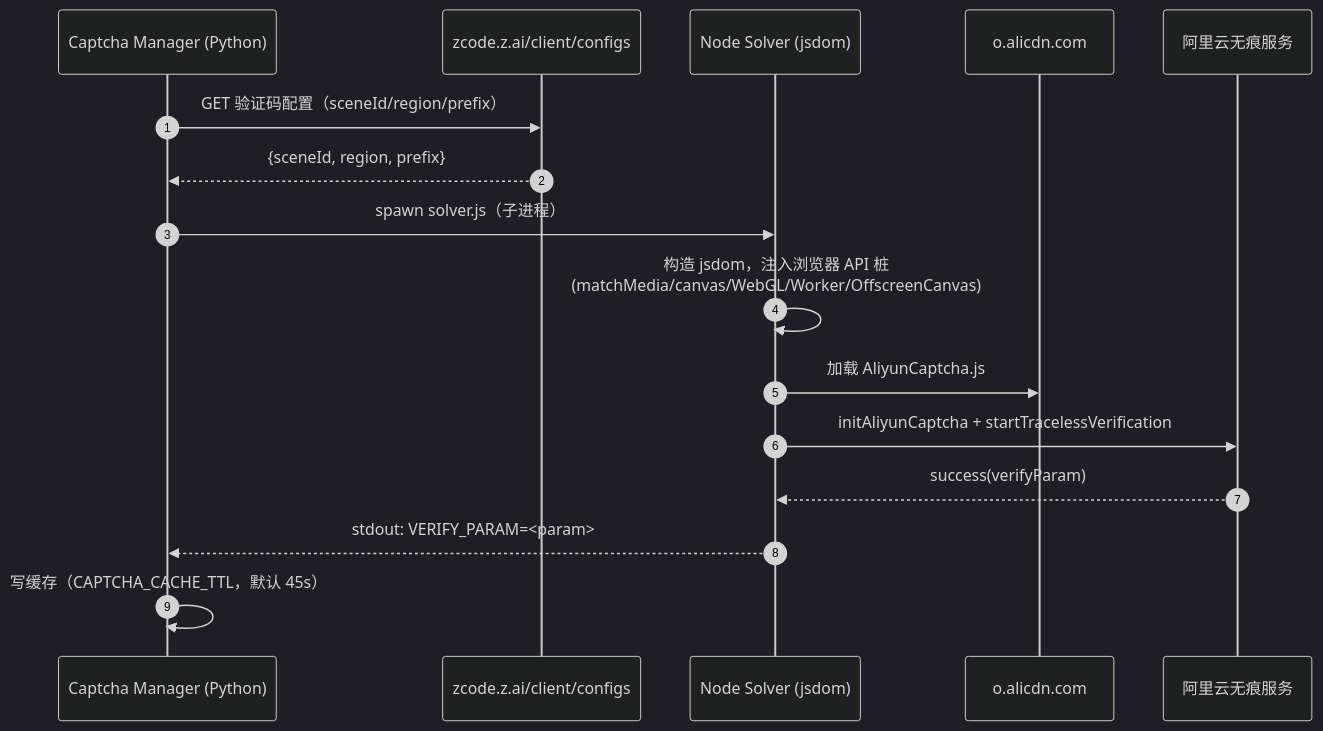
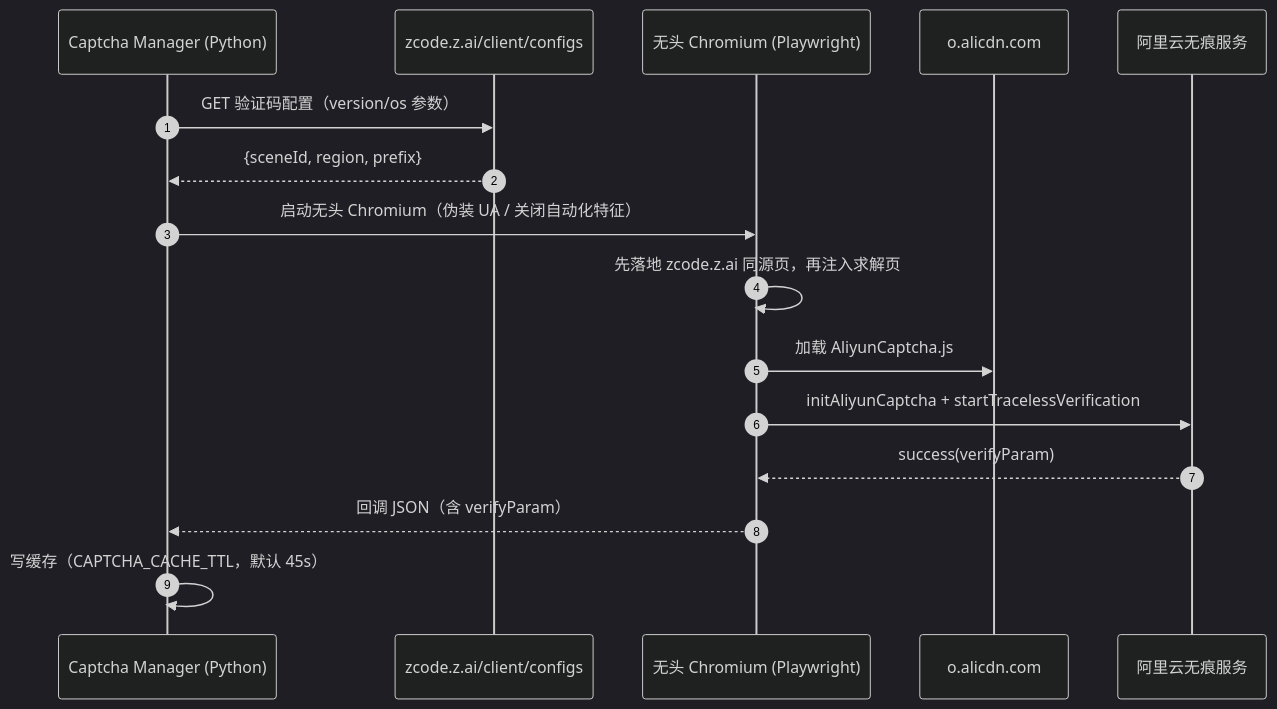
Before and after one commit to linlong5201314/zcode2api: the fourth of 4 diagrams in docs/ARCHITECTURE.md, drawn with Mermaid (dark theme). The commit also changed other lines of this file and 12 other files, not shown here.

First line of the commit message:
fix: 网关支持 GLM-5.3，验证码求解改用 Playwright 无头 Chromium

````diff
--- a/docs/ARCHITECTURE.md
+++ b/docs/ARCHITECTURE.md
@@ -213,19 +213,19 @@
 ```mermaid
 sequenceDiagram
     autonumber
     participant CM as Captcha Manager (Python)
     participant CFG as zcode.z.ai/client/configs
-    participant SV as Node Solver (jsdom)
+    participant BR as 无头 Chromium (Playwright)
     participant CDN as o.alicdn.com
     participant ALI as 阿里云无痕服务
 
-    CM->>CFG: GET 验证码配置（sceneId/region/prefix）
+    CM->>CFG: GET 验证码配置（version/os 参数）
     CFG-->>CM: {sceneId, region, prefix}
-    CM->>SV: spawn solver.js（子进程）
-    SV->>SV: 构造 jsdom，注入浏览器 API 桩<br/>(matchMedia/canvas/WebGL/Worker/OffscreenCanvas)
-    SV->>CDN: 加载 AliyunCaptcha.js
-    SV->>ALI: initAliyunCaptcha + startTracelessVerification
-    ALI-->>SV: success(verifyParam)
-    SV-->>CM: stdout: VERIFY_PARAM=<param>
+    CM->>BR: 启动无头 Chromium（伪装 UA / 关闭自动化特征）
+    BR->>BR: 先落地 zcode.z.ai 同源页，再注入求解页
+    BR->>CDN: 加载 AliyunCaptcha.js
+    BR->>ALI: initAliyunCaptcha + startTracelessVerification
+    ALI-->>BR: success(verifyParam)
+    BR-->>CM: 回调 JSON（含 verifyParam）
     CM->>CM: 写缓存（CAPTCHA_CACHE_TTL，默认 45s）
 ```
````
